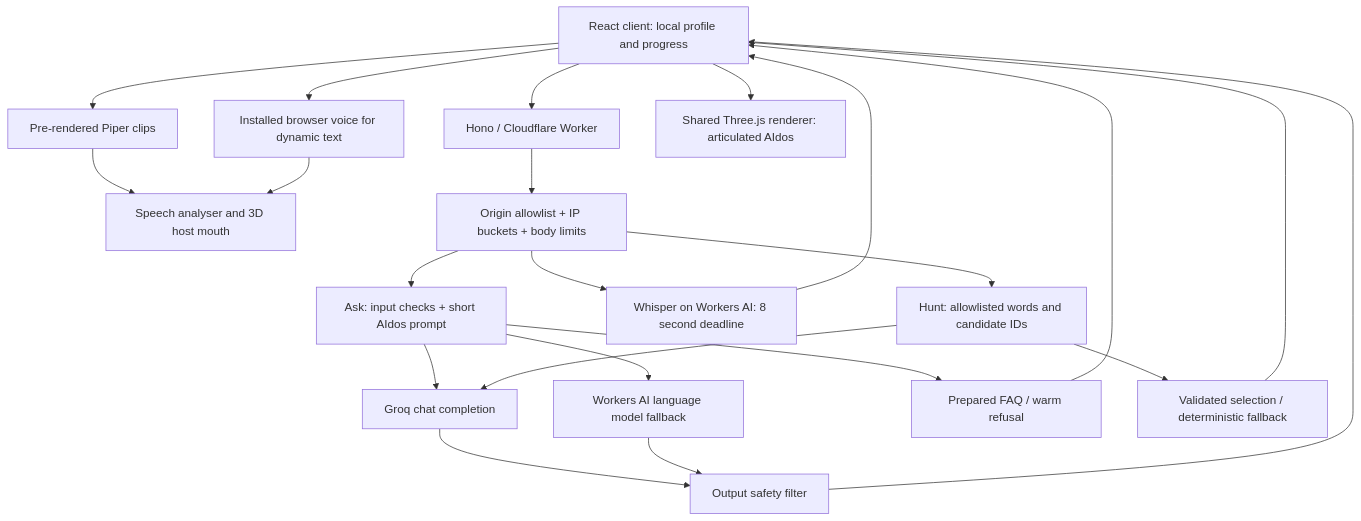
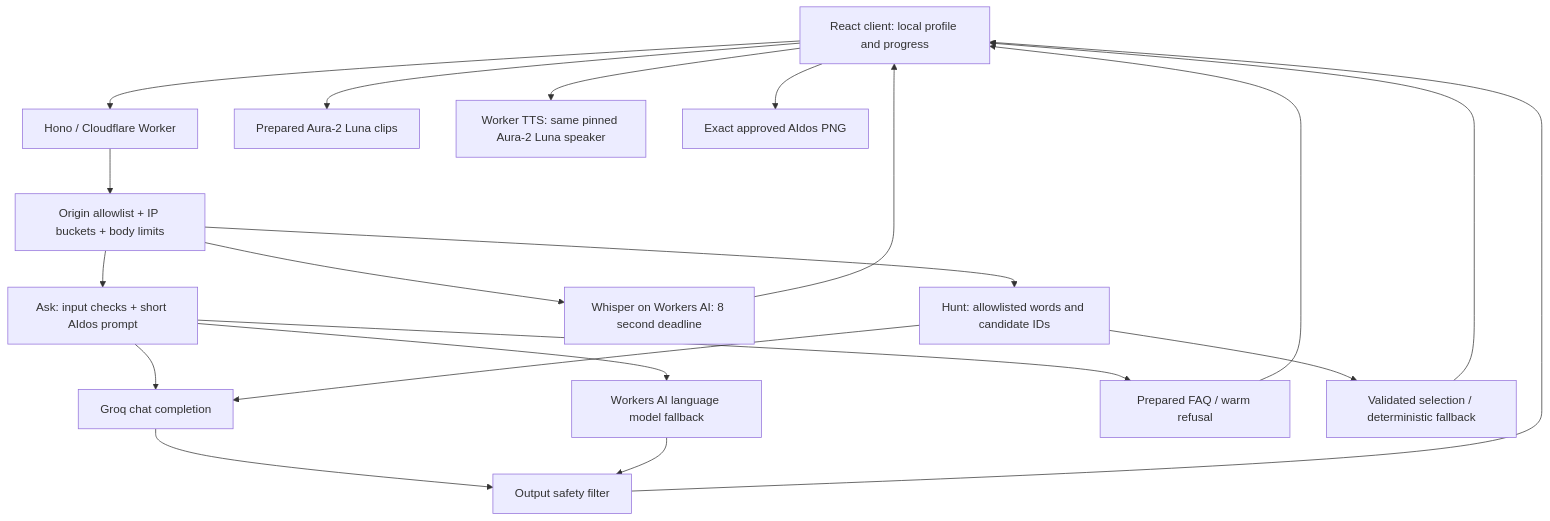
The diagram in docs/ARCHITECTURE.md (Tarlan2006/westcoded-business-cup), drawn with Mermaid before and after one commit. The commit also changed 267 other files, not shown here.

Commit message:
Voice: unify AIdos recordings and runtime speech

````diff
--- a/docs/ARCHITECTURE.md
+++ b/docs/ARCHITECTURE.md
@@ -3,24 +3,22 @@
 ```mermaid
 flowchart TD
  Client[React client: local profile and progress] --> Worker[Hono / Cloudflare Worker]
- Client --> Clips[Pre-rendered Piper clips]
- Client --> Speech[Installed browser voice for dynamic text]
- Clips --> Motion[Speech analyser and 3D host mouth]
- Speech --> Motion
- Client --> Host[Shared Three.js renderer: articulated AIdos]
+ Client --> Clips[Prepared Aura-2 Luna clips]
+ Client --> Speech[Worker TTS: same pinned Aura-2 Luna speaker]
+ Client --> Host[Exact approved AIdos PNG]
  Worker --> Guard[Origin allowlist + IP buckets + body limits]
  Guard --> Ask[Ask: input checks + short AIdos prompt]
  Ask --> Groq[Groq chat completion]
  Ask --> AI[Workers AI language model fallback]
  Groq --> Filter[Output safety filter]
  AI --> Filter
  Filter --> Client
  Ask --> FAQ[Prepared FAQ / warm refusal]
  FAQ --> Client
  Guard --> STT[Whisper on Workers AI: 8 second deadline]
  STT --> Client
  Guard --> Hunt[Hunt: allowlisted words and candidate IDs]
  Hunt --> Groq
  Hunt --> Local[Validated selection / deterministic fallback]
  Local --> Client
 ```
````
